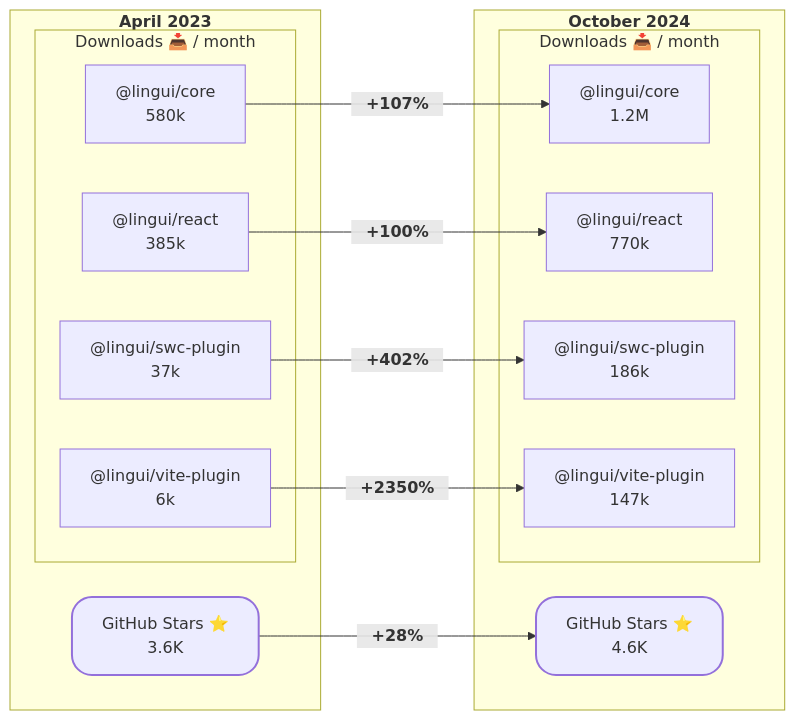
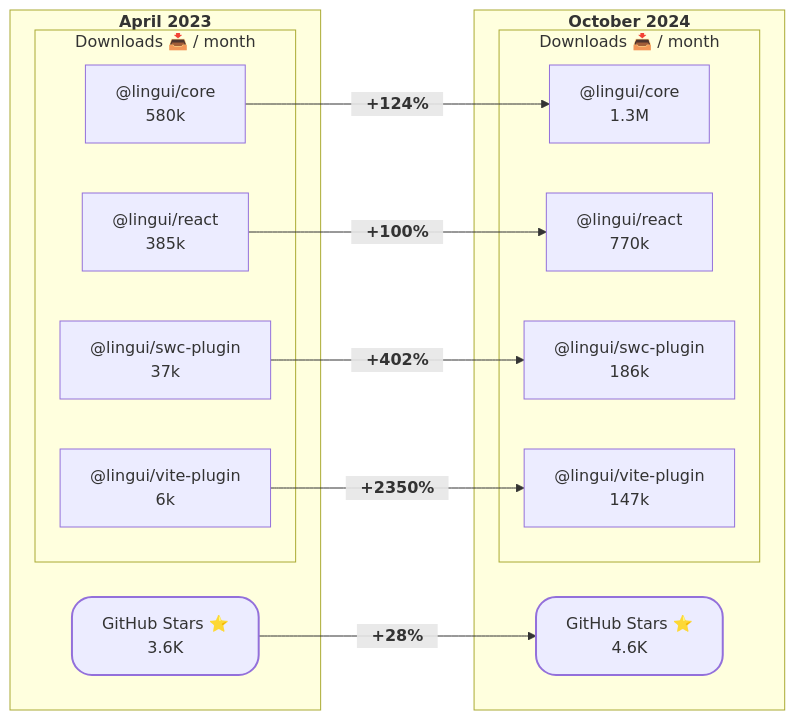
Before and after one commit to lingui/js-lingui: the diagram in website/blog/2024-11-25-announcing-lingui-5.0/index.md, drawn with Mermaid. The commit also changed other lines of this file, not shown here.

````diff
--- a/website/blog/2024-11-25-announcing-lingui-5.0/index.md
+++ b/website/blog/2024-11-25-announcing-lingui-5.0/index.md
@@ -48,35 +48,35 @@
 ```mermaid
 %%{init: {"themeCSS": ".node rect { rx: 5; ry: 5; }"} }%%
 
 graph LR
     subgraph APR2023["<b>April 2023</b>"]
         stars1["GitHub Stars ⭐<br/>3.6K"]
 
         subgraph downloads1["Downloads 📥 / month"]
             A1["@lingui/core<br/>580k"]
             A2["@lingui/react<br/>385k"]
             A3["@lingui/swc-plugin<br/>37k"]
             A4["@lingui/vite-plugin<br/>6k"]
         end
     end
 
     subgraph OCT2024["<b>October 2024</b>"]
         stars2["GitHub Stars ⭐<br/>4.6K"]
 
         subgraph downloads2["Downloads 📥 / month"]
-            B1["@lingui/core<br/>1.2M"]
+            B1["@lingui/core<br/>1.3M"]
             B2["@lingui/react<br/>770k"]
             B3["@lingui/swc-plugin<br/>186k"]
             B4["@lingui/vite-plugin<br/>147k"]
         end
     end
 
     stars1 -->|"<b>ㅤ+28%ㅤ</b>"| stars2
-    A1 -->|"<b>ㅤ+107%ㅤ</b>"| B1
+    A1 -->|"<b>ㅤ+124%ㅤ</b>"| B1
     A2 -->|"<b>ㅤ+100%ㅤ</b>"| B2
     A3 -->|"<b>ㅤ+402%ㅤ</b>"| B3
     A4 -->|"<b>ㅤ+2350%ㅤ</b>"| B4
 
 style stars1 stroke-width:2px,rx:20,ry:20
 style stars2 stroke-width:2px,rx:20,ry:20
 ```
````
